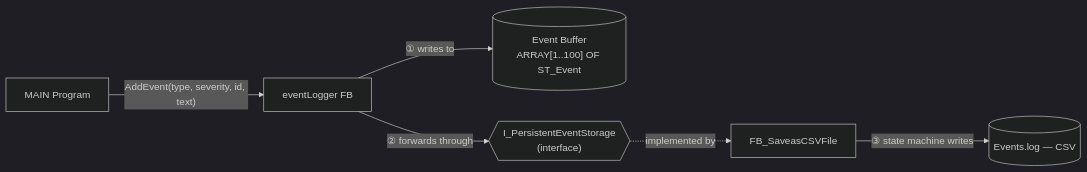
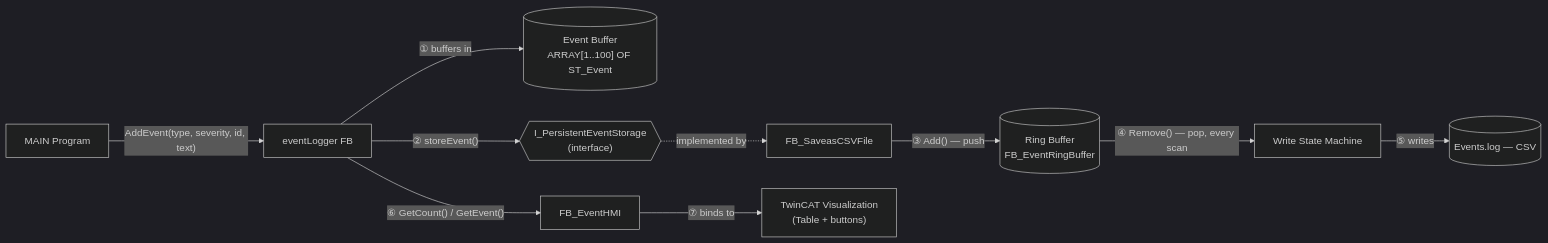
One commit to Ramtikka/TwinCAT-3-Event-Logger changed the diagram in README.md. Above: the diagram before and after it, drawn with Mermaid (dark theme). The commit also changed other lines of this file, not shown here.

First line of the commit message:
Enhance README with HMI layer and changelog

````diff
--- a/README.md
+++ b/README.md
@@ -47,8 +54,12 @@
 ```mermaid
 flowchart LR
     MAIN["MAIN Program"] -->|"AddEvent(type, severity, id, text)"| EL["eventLogger FB"]
-    EL -->|"① writes to"| BUF[("Event Buffer\nARRAY[1..100] OF ST_Event")]
-    EL -->|"② forwards through"| IF{{"I_PersistentEventStorage\n(interface)"}}
-    IF -. implemented by .-> CSV["FB_SaveasCSVFile"]
-    CSV -->|"③ state machine writes"| LOG[("Events.log — CSV")]
+    EL -->|"① buffers in"| BUF[("Event Buffer\nARRAY[1..100] OF ST_Event")]
+    EL -->|"② storeEvent()"| IFACE{{"I_PersistentEventStorage\n(interface)"}}
+    IFACE -. implemented by .-> CSV["FB_SaveasCSVFile"]
+    CSV -->|"③ Add() — push"| RING[("Ring Buffer\nFB_EventRingBuffer")]
+    RING -->|"④ Remove() — pop, every scan"| SM["Write State Machine"]
+    SM -->|"⑤ writes"| LOG[("Events.log — CSV")]
+    EL -->|"⑥ GetCount() / GetEvent()"| HMIFB["FB_EventHMI"]
+    HMIFB -->|"⑦ binds to"| VIS["TwinCAT Visualization\n(Table + buttons)"]
 ```
````
